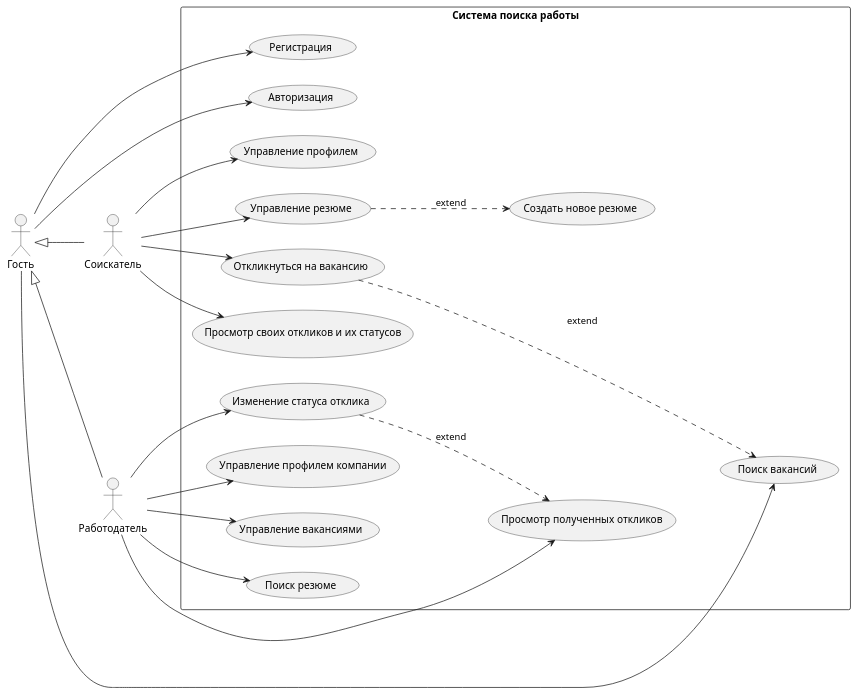
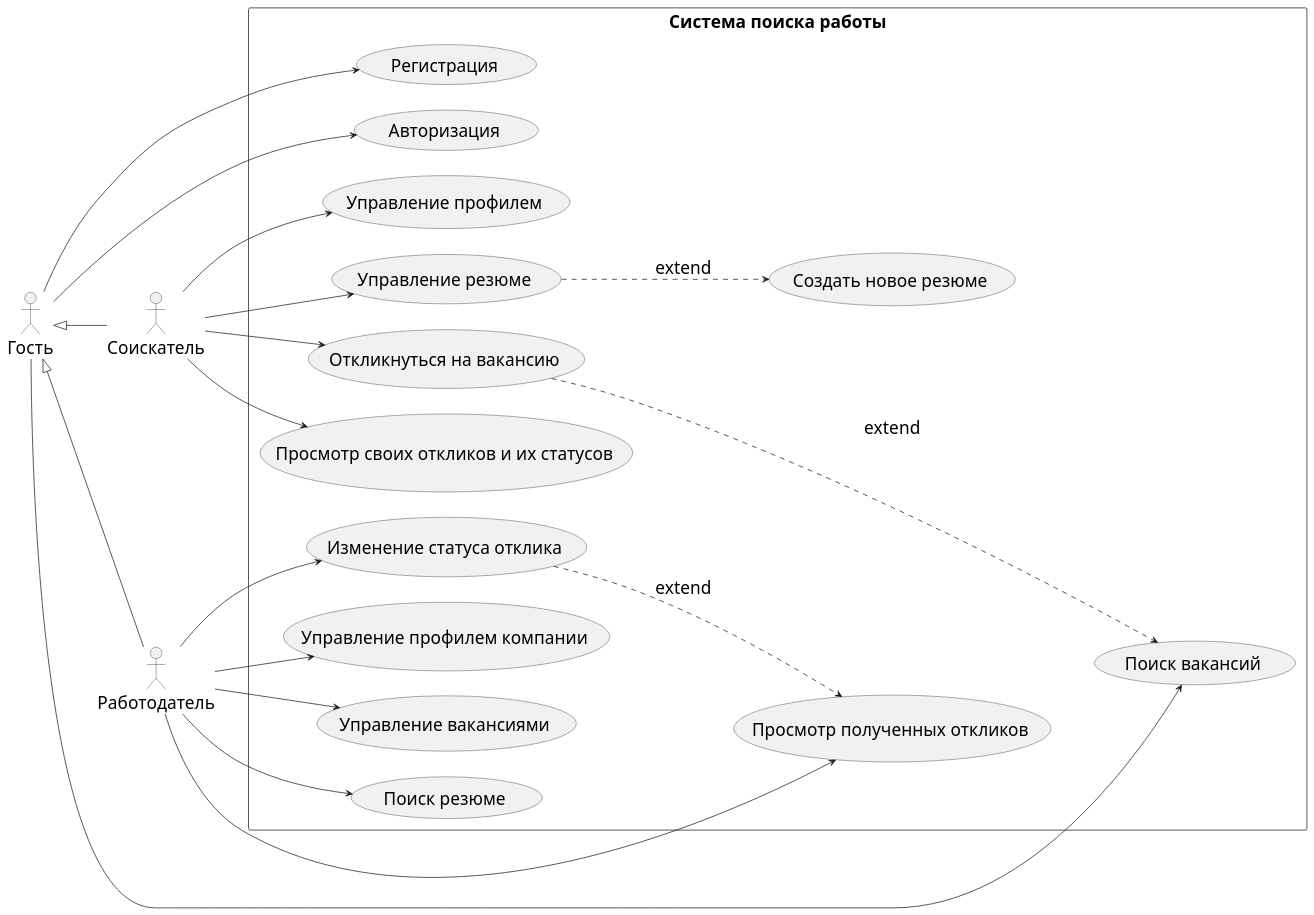
Before and after one commit to ofdun/JobFinder: the diagram in docs/puml/usecase.puml, drawn with PlantUML. The commit also changed 241 other files, not shown here.

```diff
--- a/docs/puml/usecase.puml
+++ b/docs/puml/usecase.puml
@@ -1,51 +1,54 @@
 @startuml
 left to right direction
+
+skinparam defaultFontSize 24
+skinparam usecaseFontSize 24
+skinparam actorFontSize 24
 
 actor "Гость" as Guest
 actor "Соискатель" as Seeker
 actor "Работодатель" as Employer
 
 Guest <|-- Seeker
 Guest <|-- Employer
 
 rectangle "Система поиска работы" {
 
   usecase "Регистрация" as Register
   usecase "Авторизация" as Login
   usecase "Поиск вакансий" as SearchVacancies
 
   usecase "Управление профилем" as ManageProfileSeeker
   usecase "Управление резюме" as ManageResume
   usecase "Откликнуться на вакансию" as Apply
   usecase "Просмотр своих откликов и их статусов" as ViewMyApplications
-  
+
   usecase "Создать новое резюме" as AddResume
 
   usecase "Управление профилем компании" as ManageCompany
   usecase "Управление вакансиями" as ManageVacancies
   usecase "Поиск резюме" as SearchResumes
   usecase "Просмотр полученных откликов" as ViewReceivedApplications
   usecase "Изменение статуса отклика" as ChangeAppStatus
 
   Guest --> Register
   Guest --> Login
   Guest --> SearchVacancies
   Seeker --> ManageProfileSeeker
   Seeker --> ManageResume
   Seeker --> Apply
   Seeker --> ViewMyApplications
 
   ManageResume ..> AddResume : extend
-
   Apply ...> SearchVacancies : extend
 
   Employer --> ManageCompany
   Employer --> ManageVacancies
   Employer --> SearchResumes
   Employer --> ViewReceivedApplications
   Employer --> ChangeAppStatus
 
   ChangeAppStatus ..> ViewReceivedApplications : extend
 }
 
 @enduml
```
